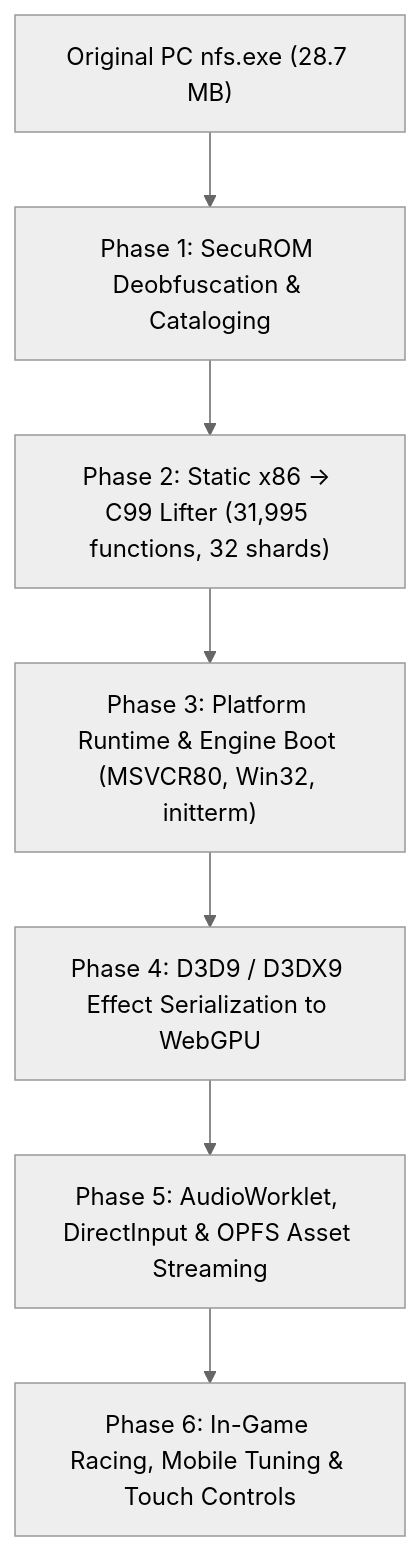
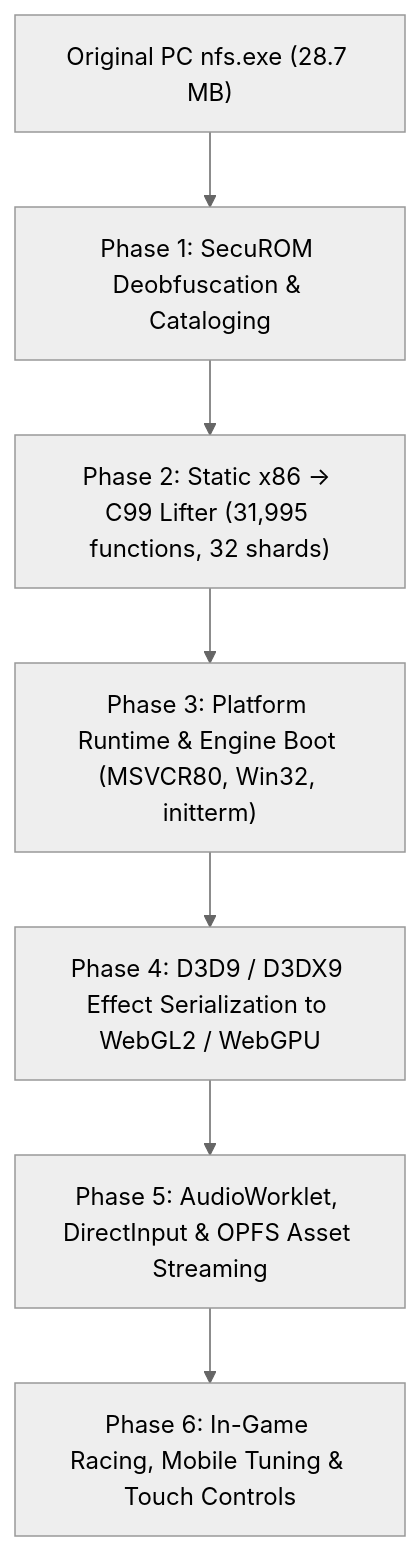
One commit to OtariTB/PortSpeed changed the diagram in README.md. Above: the diagram before and after it, drawn with Mermaid (neutral theme). The commit also changed other lines of this file, not shown here.

Commit message:
docs: update README.md for Phase 4.3 status and handoff link

````diff
--- a/README.md
+++ b/README.md
@@ -20,9 +20,9 @@
 ```mermaid
 graph TD
     A["Original PC nfs.exe (28.7 MB)"] --> B["Phase 1: SecuROM Deobfuscation & Cataloging"]
     B --> C["Phase 2: Static x86 -> C99 Lifter (31,995 functions, 32 shards)"]
     C --> D["Phase 3: Platform Runtime & Engine Boot (MSVCR80, Win32, initterm)"]
-    D --> E["Phase 4: D3D9 / D3DX9 Effect Serialization to WebGPU"]
+    D --> E["Phase 4: D3D9 / D3DX9 Effect Serialization to WebGL2 / WebGPU"]
     E --> F["Phase 5: AudioWorklet, DirectInput & OPFS Asset Streaming"]
     F --> G["Phase 6: In-Game Racing, Mobile Tuning & Touch Controls"]
 ```
````
